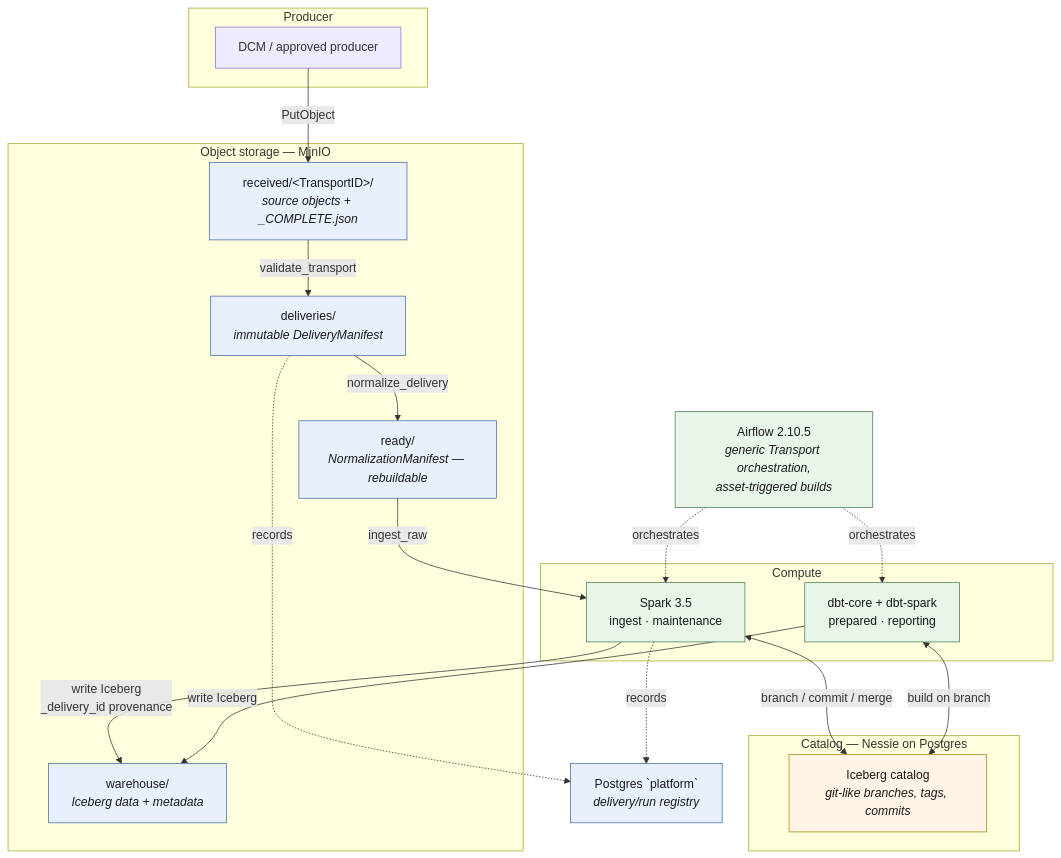
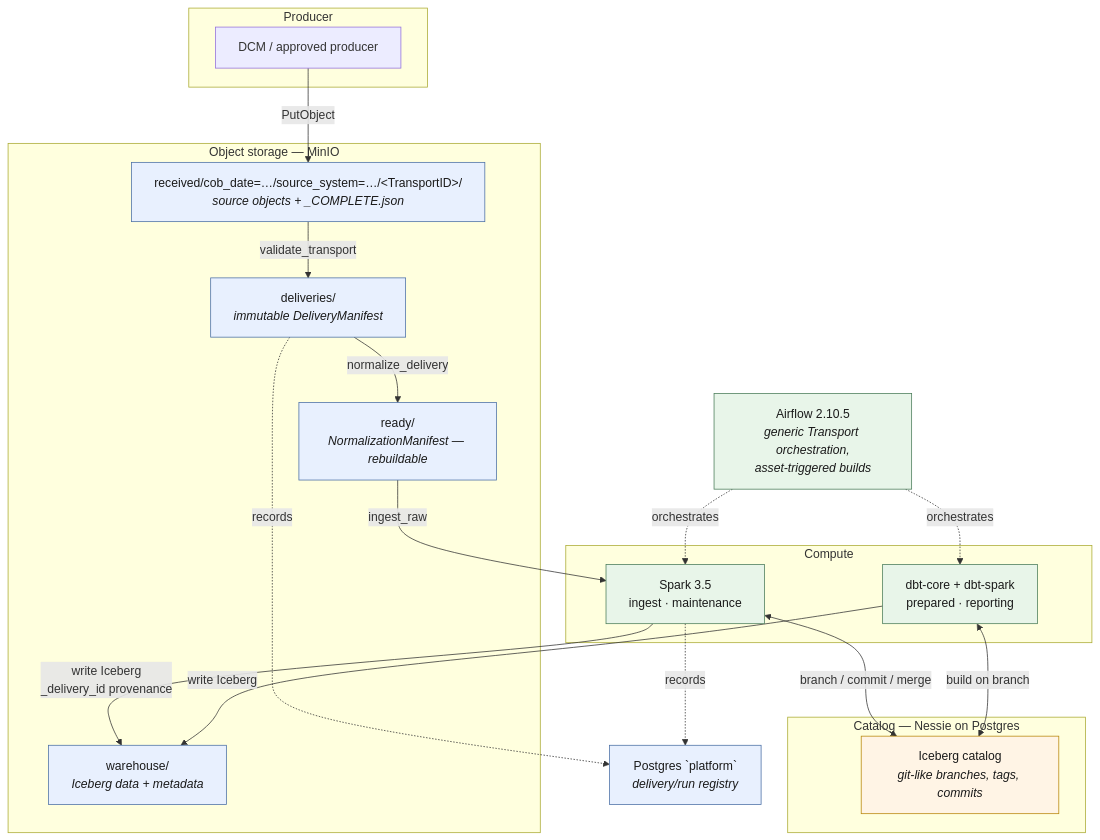
Before and after one commit to RichardFellows/reporting-platform-local: the first of 6 diagrams in README.md, drawn with Mermaid. The commit also changed other lines of this file and 25 other files, not shown here.

````diff
--- a/README.md
+++ b/README.md
@@ -30,46 +30,46 @@
 ```mermaid
 flowchart TB
     subgraph src["Producer"]
         DCM["DCM / approved producer"]
     end
 
     subgraph storage["Object storage — MinIO"]
-        RECV["received/&lt;TransportID&gt;/<br/><i>source objects + _COMPLETE.json</i>"]
+        RECV["received/cob_date=…/source_system=…/&lt;TransportID&gt;/<br/><i>source objects + _COMPLETE.json</i>"]
         DEL["deliveries/<br/><i>immutable DeliveryManifest</i>"]
         READY["ready/<br/><i>NormalizationManifest — rebuildable</i>"]
         WH["warehouse/<br/><i>Iceberg data + metadata</i>"]
     end
 
     subgraph compute["Compute"]
         SPARK["Spark 3.5<br/>ingest · maintenance"]
         DBT["dbt-core + dbt-spark<br/>prepared · reporting"]
     end
 
     subgraph cat["Catalog — Nessie on Postgres"]
         NESSIE["Iceberg catalog<br/><i>git-like branches, tags, commits</i>"]
     end
 
     AF["Airflow 2.10.5<br/><i>generic Transport orchestration,<br/>asset-triggered builds</i>"]
     REG["Postgres `platform`<br/><i>delivery/run registry</i>"]
 
     DCM -->|"PutObject"| RECV
     RECV -->|"validate_transport"| DEL
     DEL -->|"normalize_delivery"| READY
     READY -->|"ingest_raw"| SPARK
     SPARK -->|"write Iceberg<br/>_delivery_id provenance"| WH
     DBT -->|"write Iceberg"| WH
     SPARK <-->|"branch / commit / merge"| NESSIE
     DBT <-->|"build on branch"| NESSIE
     AF -.->|orchestrates| SPARK
     AF -.->|orchestrates| DBT
     DEL -.->|records| REG
     SPARK -.->|records| REG
 
     classDef store fill:#e8f0fe,stroke:#4a6fa5,color:#1a1a1a
     classDef proc fill:#e8f5e9,stroke:#4a7c59,color:#1a1a1a
     classDef catalog fill:#fff4e5,stroke:#b8860b,color:#1a1a1a
     class RECV,DEL,READY,WH store
     class SPARK,DBT,AF proc
     class NESSIE catalog
     class REG store
 ```
````
